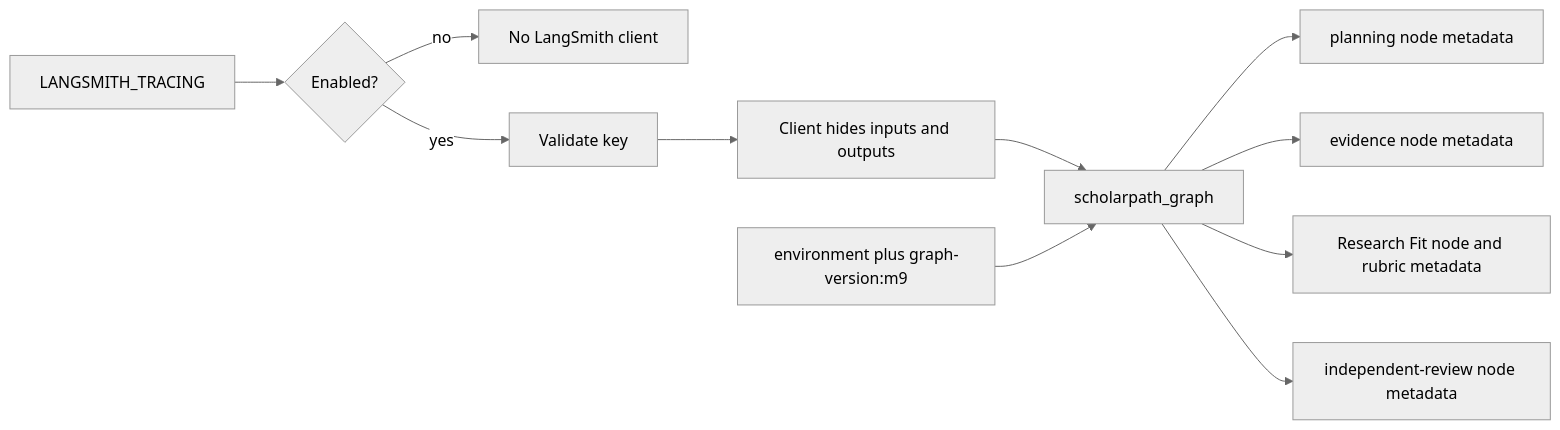
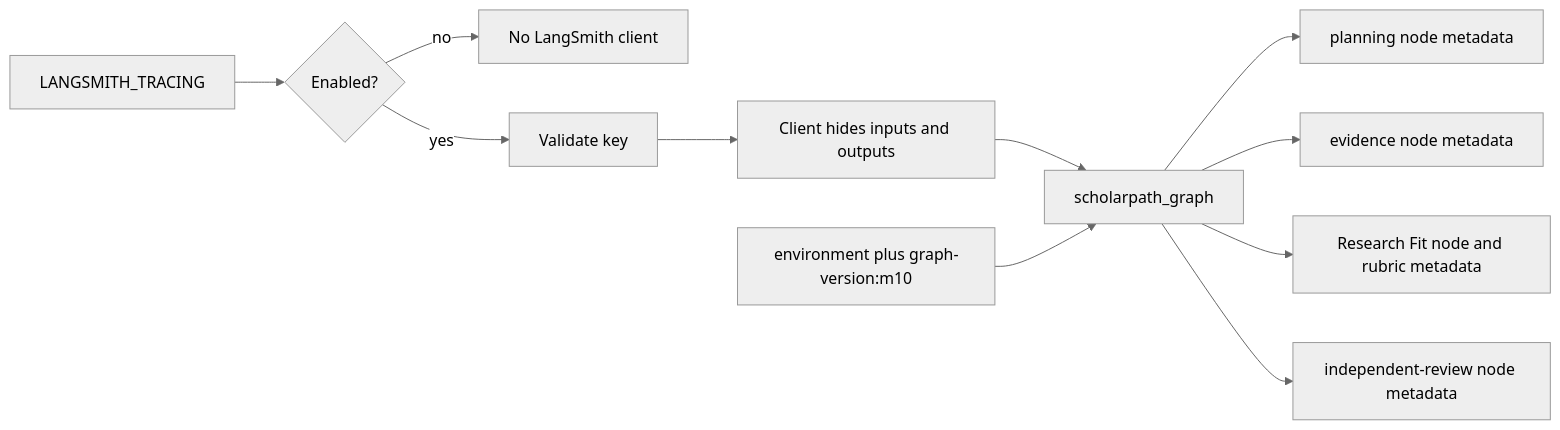
One commit to shanly-rajan/ai-builder changed diagram 16 of 18 in projects/scholar-path/docs/architecture.md. Above: the diagram before and after it, drawn with Mermaid (neutral theme). The commit also changed other lines of this file and 42 other files, not shown here.

````diff
--- a/projects/scholar-path/docs/architecture.md
+++ b/projects/scholar-path/docs/architecture.md
@@ -581,13 +633,13 @@
 ```mermaid
 flowchart LR
     Env[LANGSMITH_TRACING] --> Enabled{Enabled?}
     Enabled -->|no| Off[No LangSmith client]
     Enabled -->|yes| Key[Validate key]
     Key --> Client[Client hides inputs and outputs]
     Client --> Root[scholarpath_graph]
     Root --> PlanTrace[planning node metadata]
     Root --> EvidenceTrace[evidence node metadata]
     Root --> FitTrace[Research Fit node and rubric metadata]
     Root --> ReviewTrace[independent-review node metadata]
-    Tags[environment plus graph-version:m9] --> Root
+    Tags[environment plus graph-version:m10] --> Root
 ```
````
